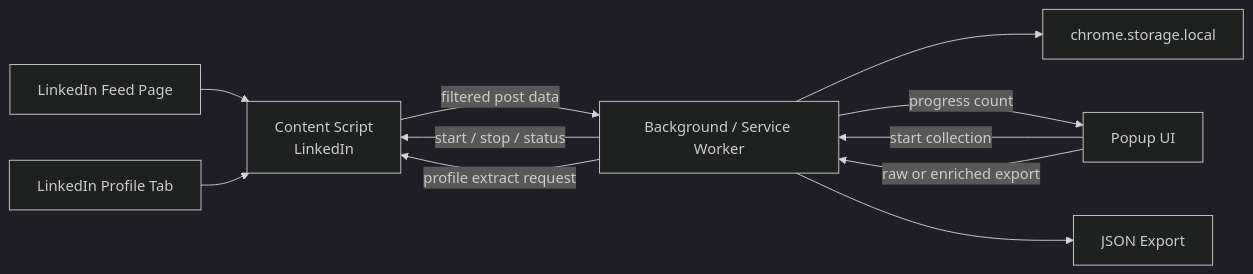
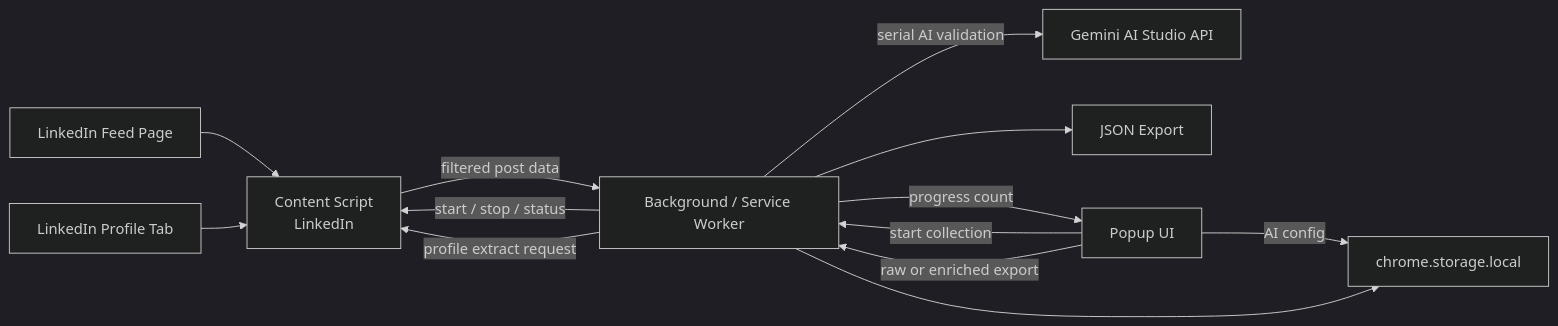
Before and after one commit to h-4vok/linkedin-post-gatherer: the diagram in docs/diagrams/extension-architecture.md, drawn with Mermaid (dark theme). The commit also changed other lines of this file and 24 other files, not shown here.

Commit message:
Implement Gemini validation and harden LinkedIn feed debugging

````diff
--- a/docs/diagrams/extension-architecture.md
+++ b/docs/diagrams/extension-architecture.md
@@ -3,21 +3,24 @@
 ```mermaid
 flowchart LR
     LI[LinkedIn Feed Page]
     LP[LinkedIn Profile Tab]
     CS[Content Script<br/>LinkedIn]
     BG[Background / Service Worker]
     ST[chrome.storage.local]
+    GS[Gemini AI Studio API]
     EX[JSON Export]
     UI[Popup UI]
 
     LI --> CS
     LP --> CS
     UI -->|start collection| BG
+    UI -->|AI config| ST
     BG -->|start / stop / status| CS
     CS -->|filtered post data| BG
     UI -->|raw or enriched export| BG
     BG -->|profile extract request| CS
+    BG -->|serial AI validation| GS
     BG --> ST
     BG -->|progress count| UI
     BG --> EX
 ```
````
